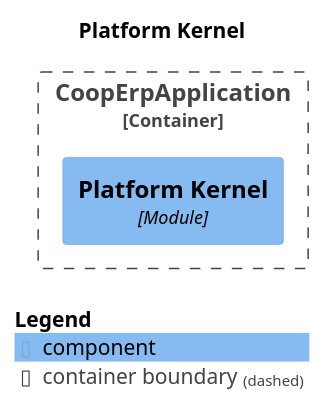
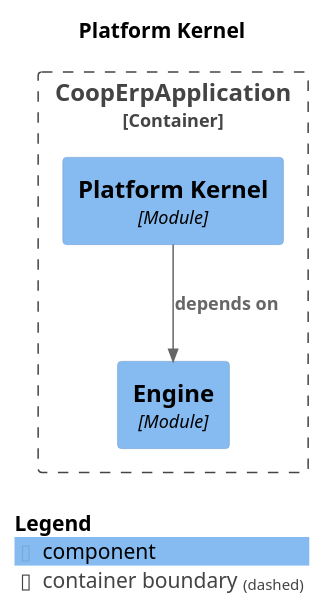
Before and after one commit to Knoweb/COOP_ERP: the diagram in docs/modules/module-kernel.puml, drawn with PlantUML. The commit also changed 5 other files, not shown here.

```diff
--- a/docs/modules/module-kernel.puml
+++ b/docs/modules/module-kernel.puml
@@ -1,17 +1,19 @@
 @startuml
 set separator none
 title Platform Kernel
 
 top to bottom direction
 
 !include <C4/C4>
 !include <C4/C4_Context>
 !include <C4/C4_Component>
 
 Container_Boundary("CoopErpApplication.CoopErpApplication_boundary", "CoopErpApplication", $tags="") {
+  Component(CoopErpApplication.CoopErpApplication.Engine, "Engine", $techn="Module", $descr="", $tags="", $link="")
   Component(CoopErpApplication.CoopErpApplication.PlatformKernel, "Platform Kernel", $techn="Module", $descr="", $tags="", $link="")
 }
 
+Rel(CoopErpApplication.CoopErpApplication.PlatformKernel, CoopErpApplication.CoopErpApplication.Engine, "depends on", $techn="", $tags="", $link="")
 
 SHOW_LEGEND(true)
 @enduml
```
